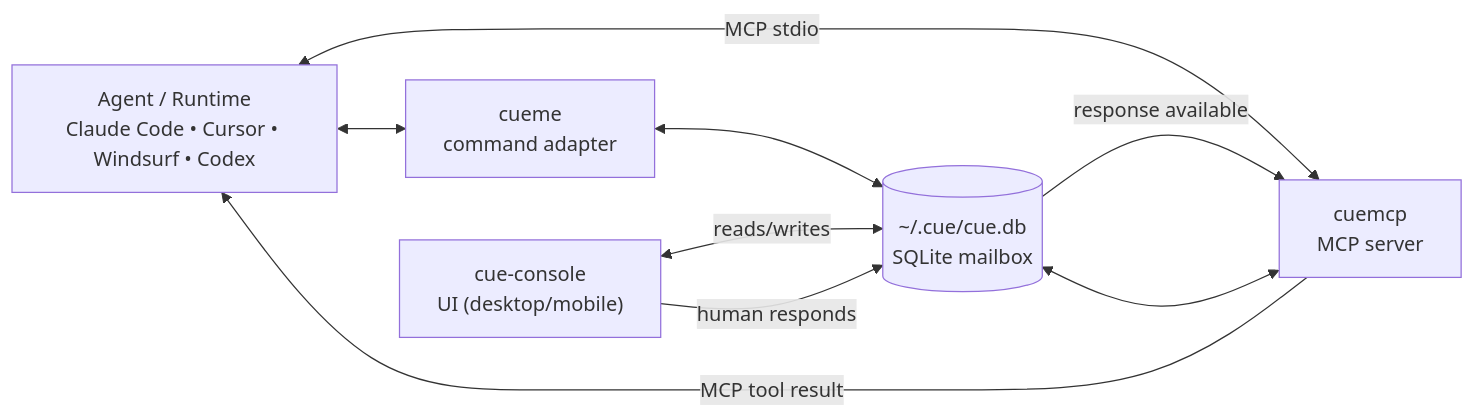
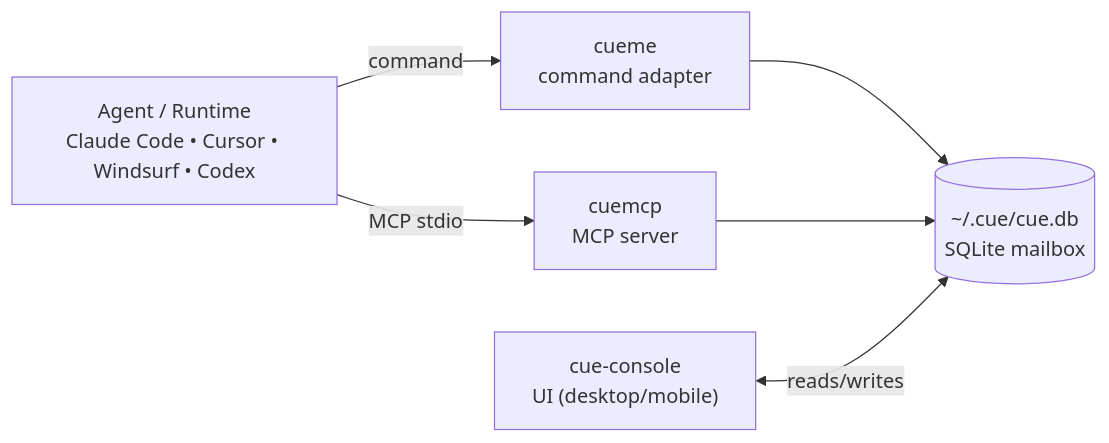
The diagram in README.md (shuxueshuxue/cue-stack), drawn with Mermaid before and after one commit. The commit also changed other lines of this file and 1 other file, not shown here.

Commit message:
docs: simplify architecture diagram

````diff
--- a/README.md
+++ b/README.md
@@ -174,11 +174,14 @@
 ```mermaid
 flowchart LR
-  A["Agent / Runtime\nClaude Code • Cursor • Windsurf • Codex"] <--> B["cueme\ncommand adapter"]
-  A <-->|MCP stdio| E["cuemcp\nMCP server"]
-  B <--> C[("~/.cue/cue.db\nSQLite mailbox")]
-  E <--> C
-  D["cue-console\nUI (desktop/mobile)"] <-->|reads/writes| C
-  D -->|human responds| C
-  C -->|response available| E
-  E -->|MCP tool result| A
+  A["Agent / Runtime\nClaude Code • Cursor • Windsurf • Codex"]
+  B["cueme\ncommand adapter"]
+  E["cuemcp\nMCP server"]
+  C[("~/.cue/cue.db\nSQLite mailbox")]
+  D["cue-console\nUI (desktop/mobile)"]
+
+  A -->|command| B
+  A -->|MCP stdio| E
+  B --> C
+  E --> C
+  D <-->|reads/writes| C
 ```
````
